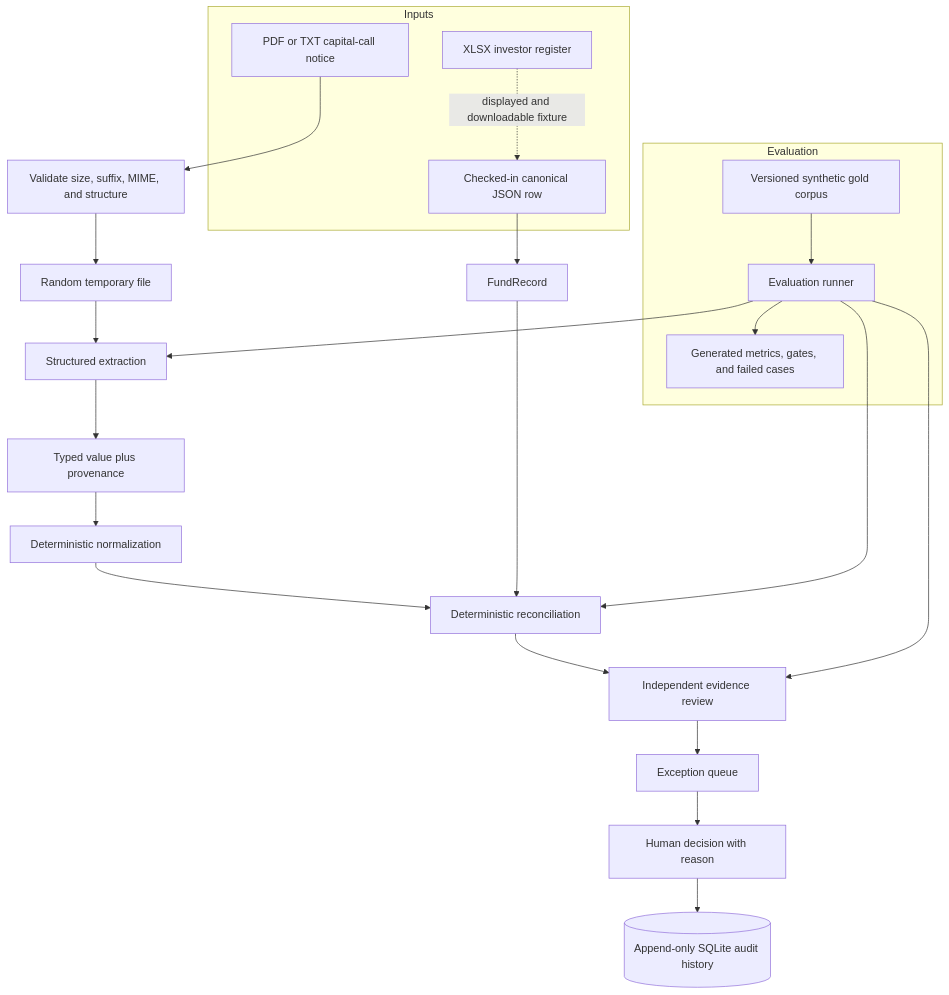
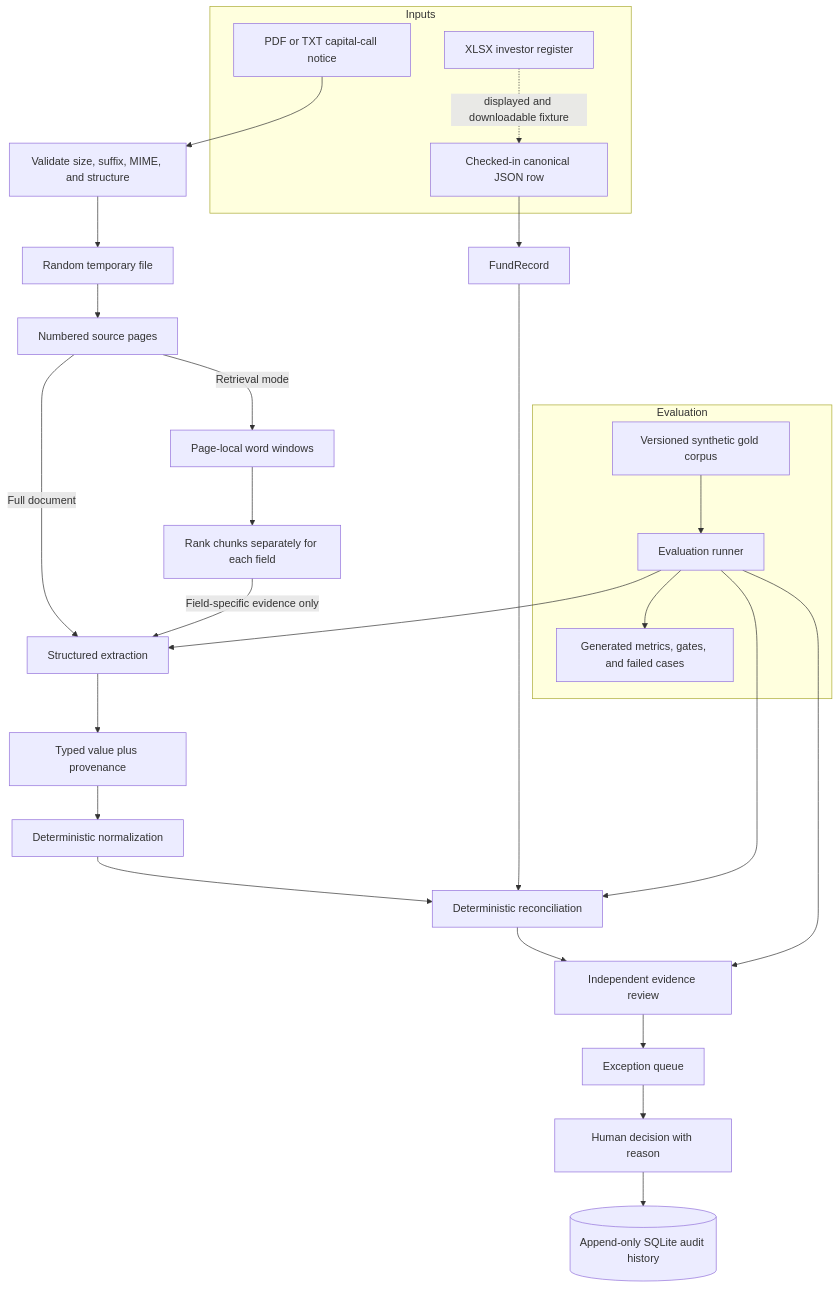
Before and after one commit to retinapeg/YLOOKUP: the diagram in docs/ARCHITECTURE.md, drawn with Mermaid. The commit also changed other lines of this file and 2 other files, not shown here.

Commit message:
Document retrieval contracts, measured long-pack results and maths handoff

````diff
--- a/docs/ARCHITECTURE.md
+++ b/docs/ARCHITECTURE.md
@@ -7,32 +7,36 @@
 ```mermaid
 flowchart TD
     subgraph Inputs
         P[PDF or TXT capital-call notice]
         X[XLSX investor register]
         J[Checked-in canonical JSON row]
     end
 
     P --> V[Validate size, suffix, MIME, and structure]
     V --> T[Random temporary file]
-    T --> E[Structured extraction]
+    T --> PAGES[Numbered source pages]
+    PAGES -->|Full document| E[Structured extraction]
+    PAGES -->|Retrieval mode| CH[Page-local word windows]
+    CH --> RET[Rank chunks separately for each field]
+    RET -->|Field-specific evidence only| E
     E --> PR[Typed value plus provenance]
     PR --> N[Deterministic normalization]
     X -. displayed and downloadable fixture .-> J
     J --> FR[FundRecord]
     N --> R[Deterministic reconciliation]
     FR --> R
     R --> IR[Independent evidence review]
     IR --> Q[Exception queue]
     Q --> HD[Human decision with reason]
     HD --> A[(Append-only SQLite audit history)]
 
     subgraph Evaluation
         G[Versioned synthetic gold corpus]
         ER[Evaluation runner]
         M[Generated metrics, gates, and failed cases]
         G --> ER --> M
     end
     ER --> E
     ER --> R
     ER --> IR
 ```
````
